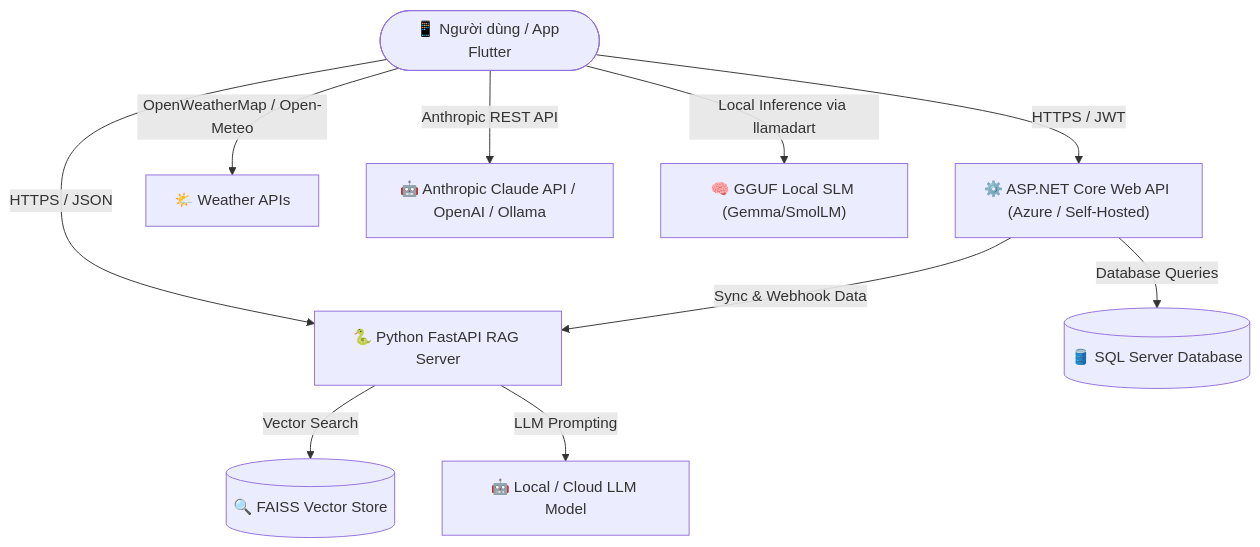
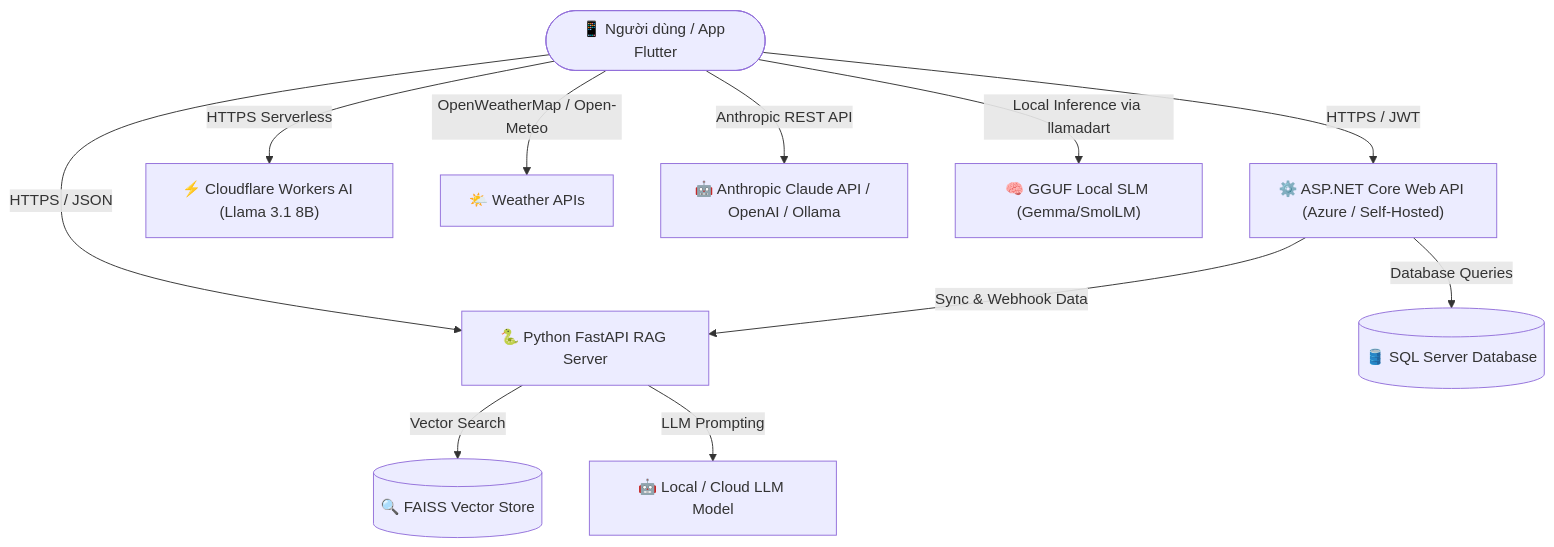
Before and after one commit to DaiAiTienTon/OpenSourceTuQuanAoAI: the diagram in README.md, drawn with Mermaid. The commit also changed other lines of this file, not shown here.

Commit message:
Add Cloudflare Workers AI (Llama 3.1 8B) benchmark integration and alternative configuration guide to README.md

````diff
--- a/README.md
+++ b/README.md
@@ -24,12 +24,13 @@
 ```mermaid
 graph TD
     User(["📱 Người dùng / App Flutter"]) -->|HTTPS / JWT| NetAPI["⚙️ ASP.NET Core Web API (Azure / Self-Hosted)"]
     User -->|HTTPS / JSON| RAGServer["🐍 Python FastAPI RAG Server"]
+    User -->|HTTPS Serverless| CFWorker["⚡ Cloudflare Workers AI (Llama 3.1 8B)"]
     User -->|OpenWeatherMap / Open-Meteo| WeatherAPI["🌤️ Weather APIs"]
     User -->|Anthropic REST API| ClaudeAPI["🤖 Anthropic Claude API / OpenAI / Ollama"]
     User -->|Local Inference via llamadart| LocalAI["🧠 GGUF Local SLM (Gemma/SmolLM)"]
     NetAPI -->|Database Queries| SQLDB[("🛢️ SQL Server Database")]
     NetAPI -->|Sync & Webhook Data| RAGServer
     RAGServer -->|Vector Search| FAISS[("🔍 FAISS Vector Store")]
     RAGServer -->|LLM Prompting| LLM["🤖 Local / Cloud LLM Model"]
 ```
````
